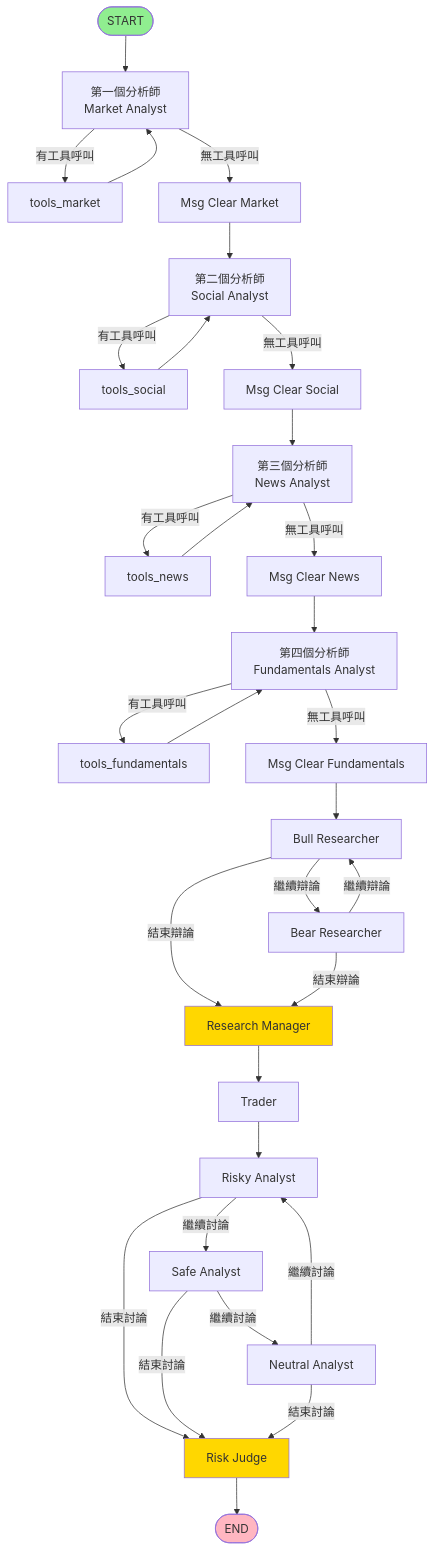
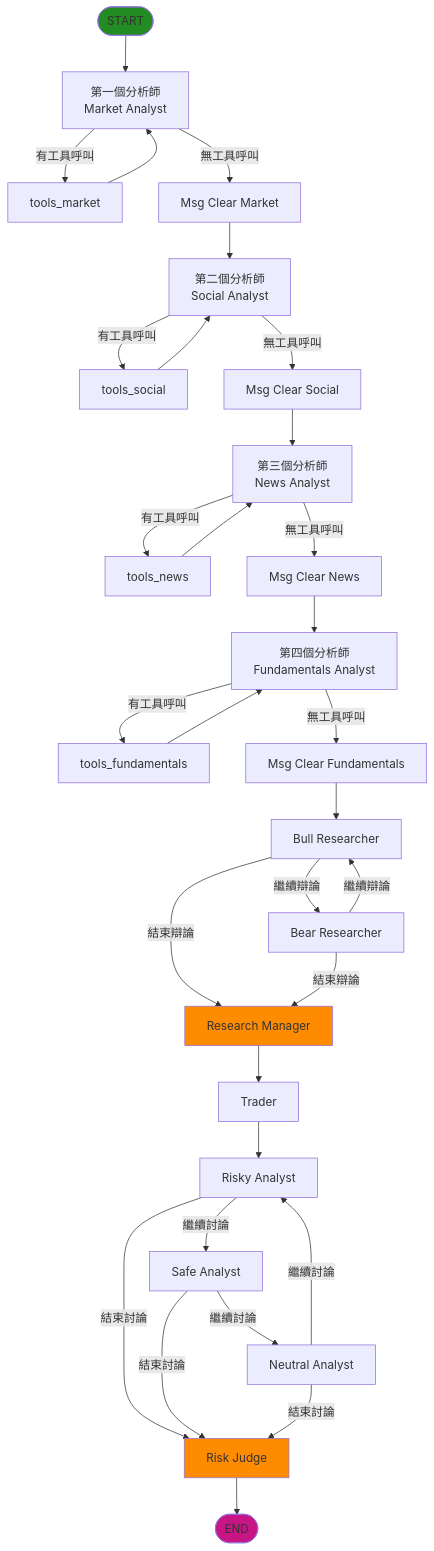
Before and after one commit to chitienshih-wq/Git_Test: the fifth of 19 diagrams in 流程圖.md, drawn with Mermaid. The commit also changed other lines of this file, not shown here.

````diff
--- a/流程圖.md
+++ b/流程圖.md
@@ -126,49 +126,49 @@
 ```mermaid
 flowchart TD
     Start([START]) --> FirstAnalyst[第一個分析師<br/>Market Analyst]
     
     FirstAnalyst -->|有工具呼叫| Tools1[tools_market]
     FirstAnalyst -->|無工具呼叫| Clear1[Msg Clear Market]
     Tools1 --> FirstAnalyst
     
     Clear1 --> SecondAnalyst[第二個分析師<br/>Social Analyst]
     SecondAnalyst -->|有工具呼叫| Tools2[tools_social]
     SecondAnalyst -->|無工具呼叫| Clear2[Msg Clear Social]
     Tools2 --> SecondAnalyst
     
     Clear2 --> ThirdAnalyst[第三個分析師<br/>News Analyst]
     ThirdAnalyst -->|有工具呼叫| Tools3[tools_news]
     ThirdAnalyst -->|無工具呼叫| Clear3[Msg Clear News]
     Tools3 --> ThirdAnalyst
     
     Clear3 --> FourthAnalyst[第四個分析師<br/>Fundamentals Analyst]
     FourthAnalyst -->|有工具呼叫| Tools4[tools_fundamentals]
     FourthAnalyst -->|無工具呼叫| Clear4[Msg Clear Fundamentals]
     Tools4 --> FourthAnalyst
     
     Clear4 --> BullResearcher[Bull Researcher]
     BullResearcher -->|繼續辯論| BearResearcher[Bear Researcher]
     BullResearcher -->|結束辯論| ResearchManager[Research Manager]
     
     BearResearcher -->|繼續辯論| BullResearcher
     BearResearcher -->|結束辯論| ResearchManager
     
     ResearchManager --> Trader[Trader]
     Trader --> RiskyAnalyst[Risky Analyst]
     
     RiskyAnalyst -->|繼續討論| SafeAnalyst[Safe Analyst]
     RiskyAnalyst -->|結束討論| RiskJudge[Risk Judge]
     
     SafeAnalyst -->|繼續討論| NeutralAnalyst[Neutral Analyst]
     SafeAnalyst -->|結束討論| RiskJudge
     
     NeutralAnalyst -->|繼續討論| RiskyAnalyst
     NeutralAnalyst -->|結束討論| RiskJudge
     
     RiskJudge --> End([END])
     
-    style Start fill:#90EE90
-    style End fill:#FFB6C1
-    style ResearchManager fill:#FFD700
-    style RiskJudge fill:#FFD700
+    style Start fill:#228B22
+    style End fill:#C71585
+    style ResearchManager fill:#FF8C00
+    style RiskJudge fill:#FF8C00
 ```
````
